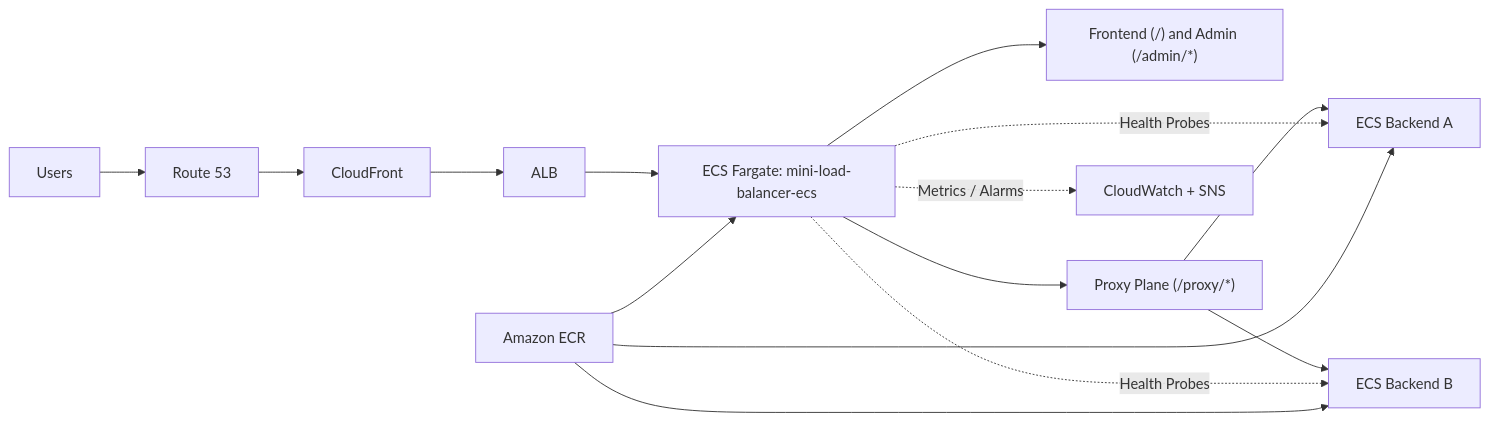
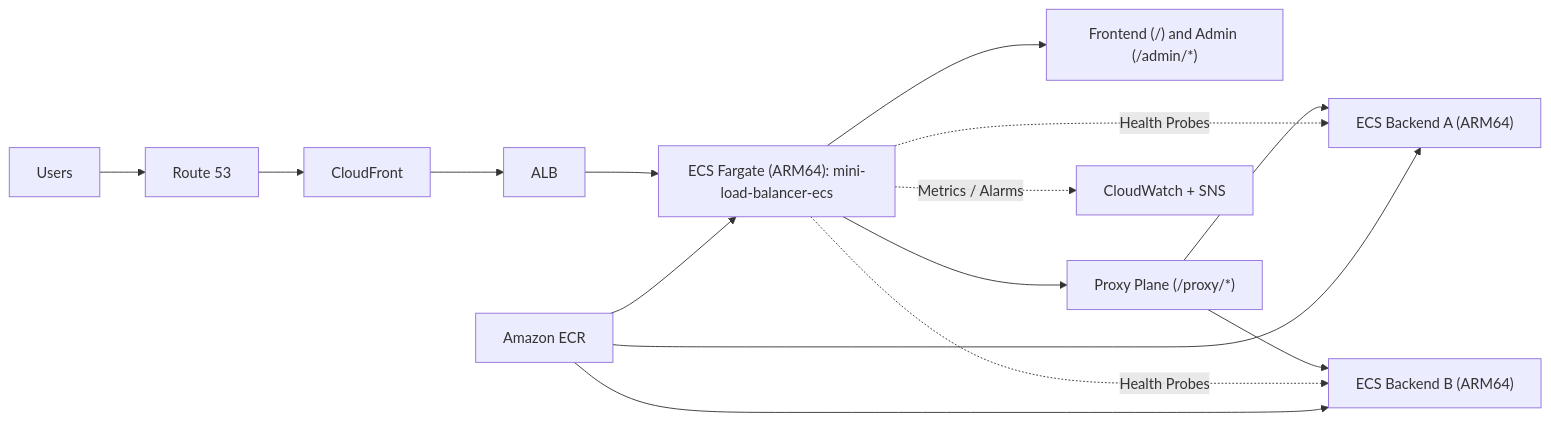
The diagram in README.md (MohammedVep/mini-load-balancer), drawn with Mermaid before and after one commit. The commit also changed other lines of this file and 8 other files, not shown here.

Commit message:
feat(infra): add multi-arch builds and migrate ecs to arm64

````diff
--- a/README.md
+++ b/README.md
@@ -162,17 +170,17 @@
 ```mermaid
 flowchart LR
     U["Users"] --> R53["Route 53"]
     R53 --> CF["CloudFront"]
     CF --> ALB["ALB"]
-    ALB --> LB["ECS Fargate: mini-load-balancer-ecs"]
+    ALB --> LB["ECS Fargate (ARM64): mini-load-balancer-ecs"]
     LB --> FE["Frontend (/) and Admin (/admin/*)"]
     LB --> PX["Proxy Plane (/proxy/*)"]
-    PX --> B1["ECS Backend A"]
-    PX --> B2["ECS Backend B"]
+    PX --> B1["ECS Backend A (ARM64)"]
+    PX --> B2["ECS Backend B (ARM64)"]
     LB -. "Health Probes" .-> B1
     LB -. "Health Probes" .-> B2
     LB -. "Metrics / Alarms" .-> CW["CloudWatch + SNS"]
     ECR["Amazon ECR"] --> LB
     ECR --> B1
     ECR --> B2
 ```
````
